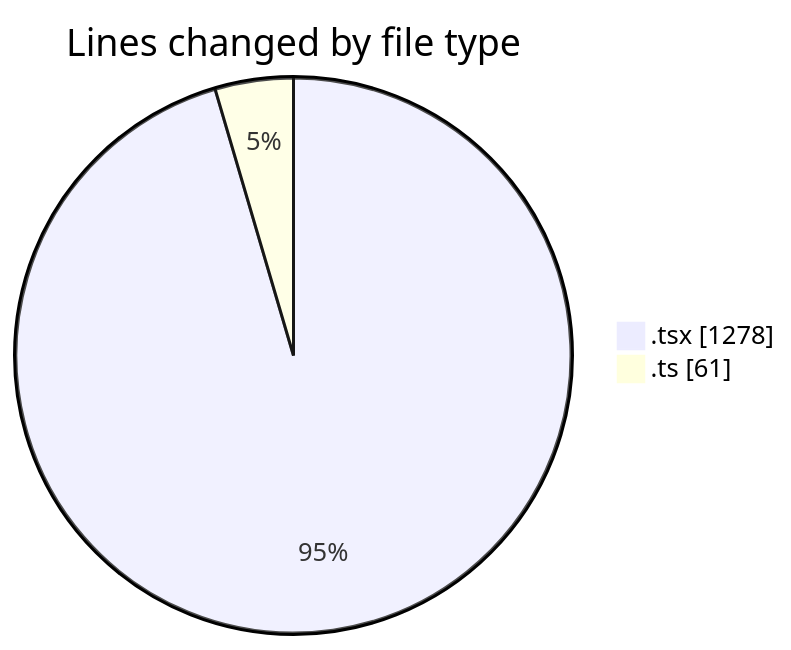
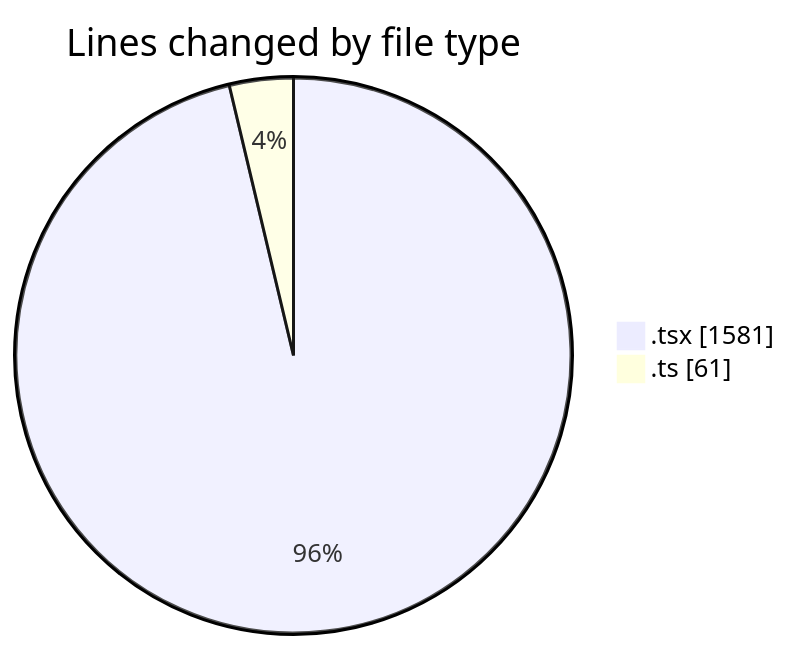
The first of 2 diagrams in 2025-11-18/eventscop-frontend-guide__workspace_/README.md (julien-gomy/code-tracking), drawn with Mermaid before and after one commit. The commit also changed other lines of this file and 1 other file, not shown here.

````diff
--- a/2025-11-18/eventscop-frontend-guide__workspace_/README.md
+++ b/2025-11-18/eventscop-frontend-guide__workspace_/README.md
@@ -29,6 +30,6 @@
 ```mermaid
 pie showData
 title Lines changed by file type
-".tsx" : 1278
+".tsx" : 1581
 ".ts" : 61
 ```
````
